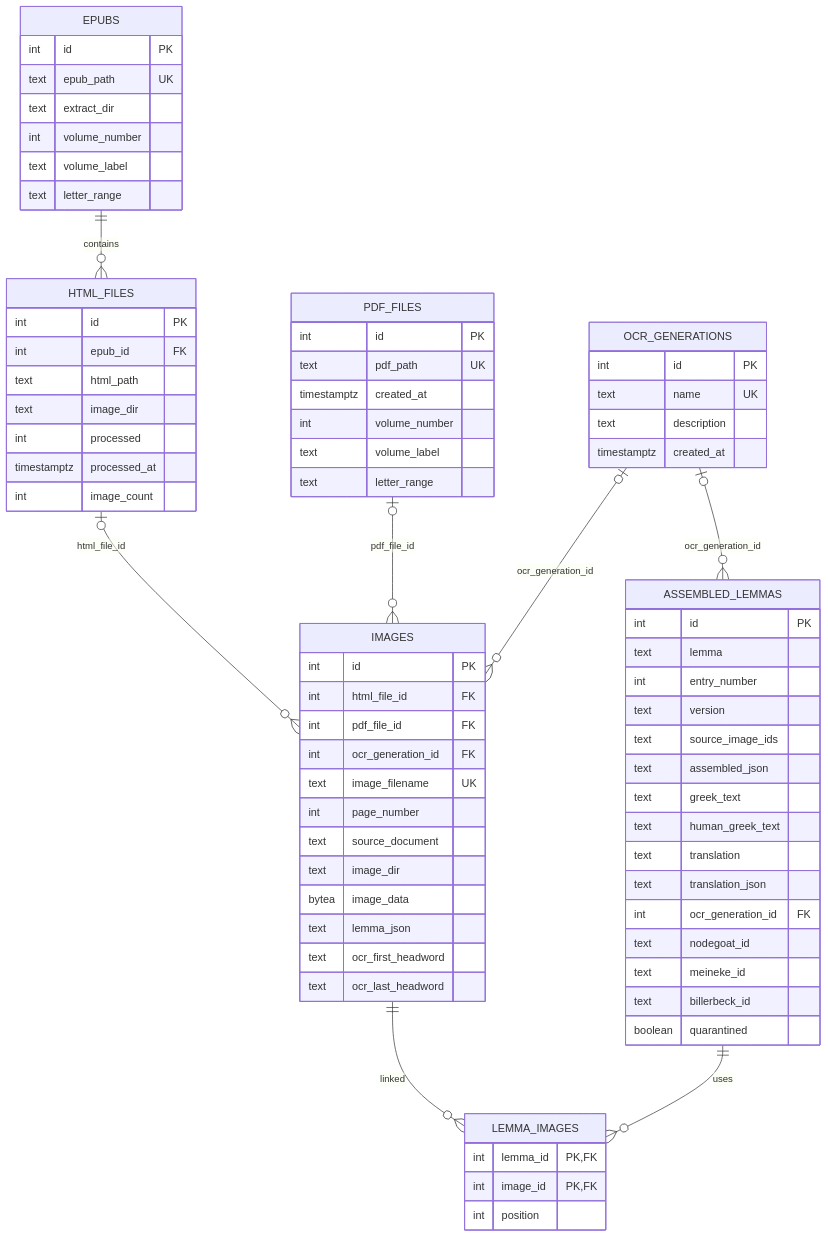
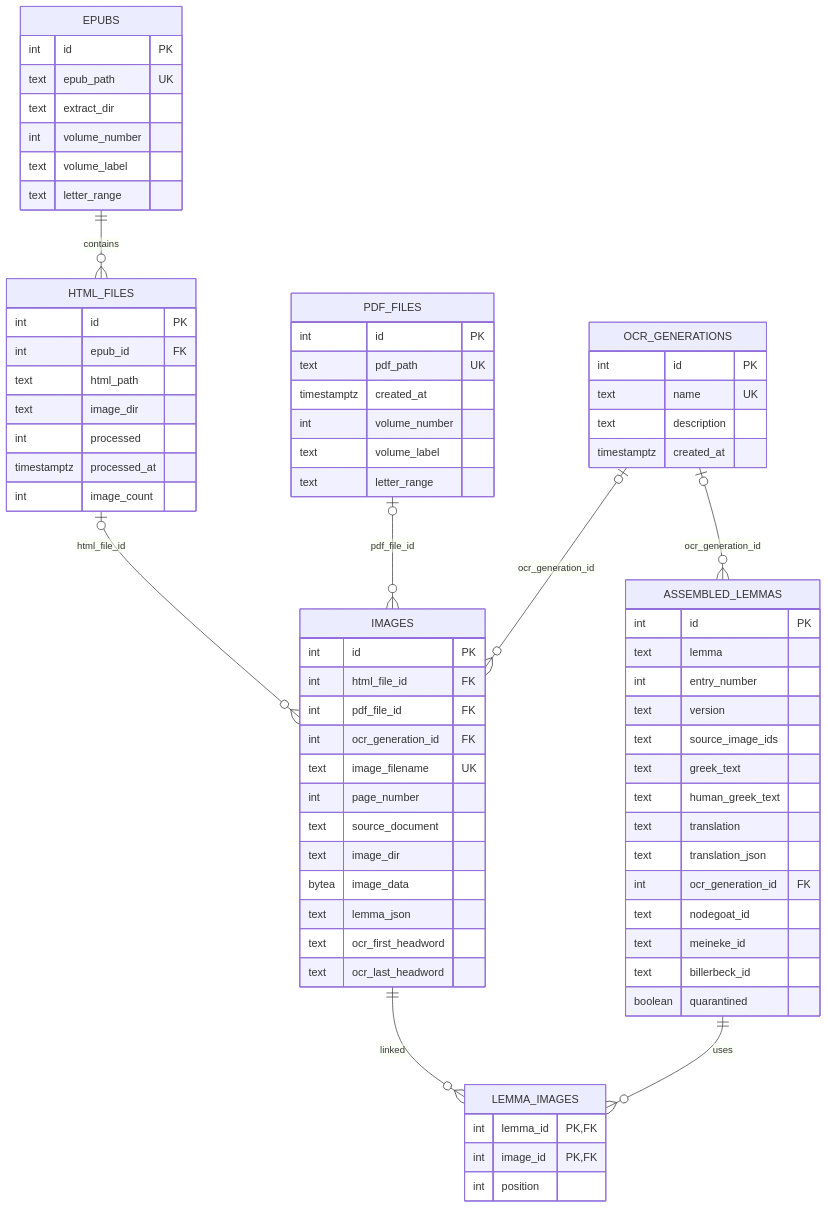
Before and after one commit to solresol/stephanos: the first of 7 diagrams in DATABASE_ERD.md, drawn with Mermaid. The commit also changed other lines of this file and 7 other files, not shown here.

Commit message:
Update ERD after schema changes

```diff
--- a/DATABASE_ERD.md
+++ b/DATABASE_ERD.md
@@ -80,7 +80,6 @@
         int entry_number
         text version
         text source_image_ids
-        text assembled_json
         text greek_text
         text human_greek_text
         text translation
```
